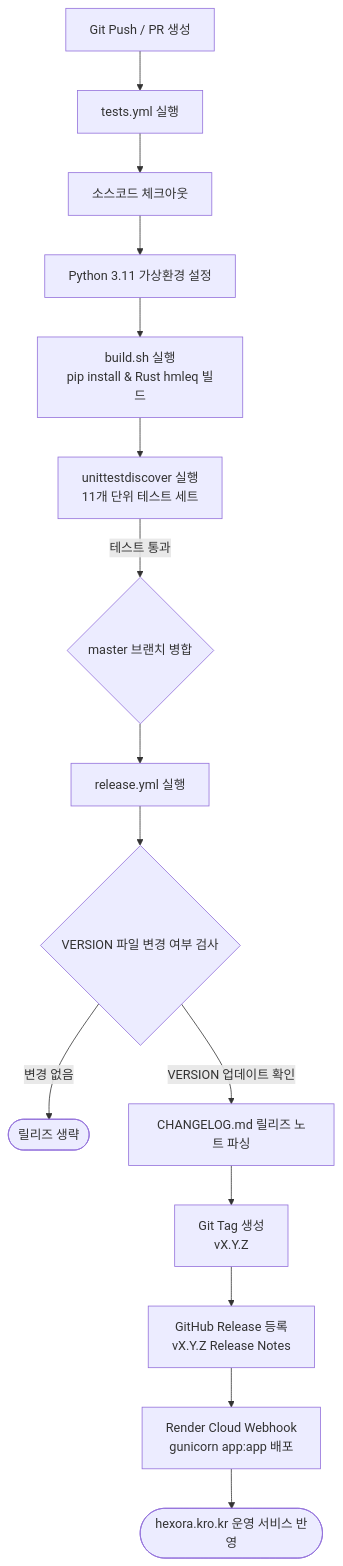
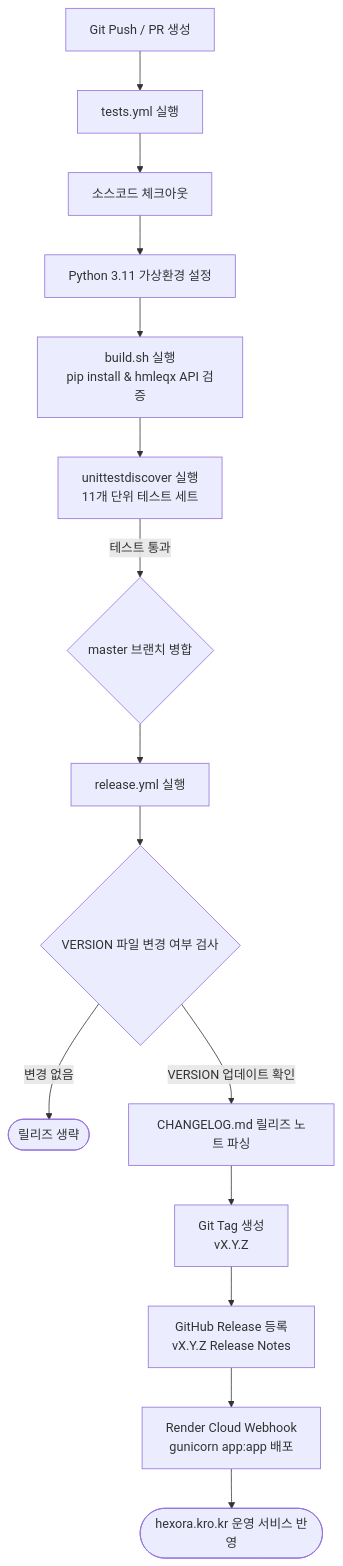
One commit to Hwi0228/hexora changed the diagram in docs/deployment-and-cicd.md. Above: the diagram before and after it, drawn with Mermaid. The commit also changed other lines of this file and 8 other files, not shown here.

````diff
--- a/docs/deployment-and-cicd.md
+++ b/docs/deployment-and-cicd.md
@@ -11,20 +11,20 @@
 ```mermaid
 flowchart TD
     PushPR[Git Push / PR 생성] --> TriggerTests[tests.yml 실행]
     TriggerTests --> CheckoutCode[소스코드 체크아웃]
     CheckoutCode --> SetupPy[Python 3.11 가상환경 설정]
-    SetupPy --> RunBuild[build.sh 실행<br/>pip install & Rust hmleq 빌드]
+    SetupPy --> RunBuild[build.sh 실행<br/>pip install & hmleqx API 검증]
     RunBuild --> RunTests[unittestdiscover 실행<br/>11개 단위 테스트 세트]
 
     RunTests -->|테스트 통과| PRMerge{master 브랜치 병합}
     PRMerge --> TriggerRelease[release.yml 실행]
 
     TriggerRelease --> CheckVersion{VERSION 파일 변경 여부 검사}
     CheckVersion -->|변경 없음| EndNoRelease([릴리즈 생략])
     CheckVersion -->|VERSION 업데이트 확인| ParseChangelog[CHANGELOG.md 릴리즈 노트 파싱]
 
     ParseChangelog --> CreateTag[Git Tag 생성<br/>vX.Y.Z]
     CreateTag --> CreateRelease[GitHub Release 등록<br/>vX.Y.Z Release Notes]
     CreateRelease --> RenderDeploy[Render Cloud Webhook<br/>gunicorn app:app 배포]
     RenderDeploy --> EndSuccess([hexora.kro.kr 운영 서비스 반영])
 ```
````
